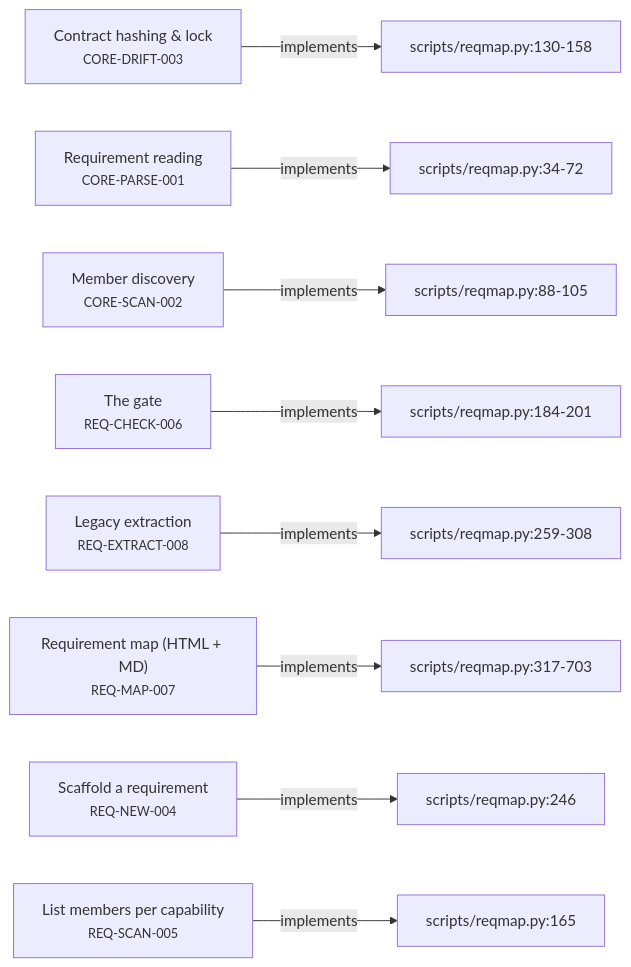
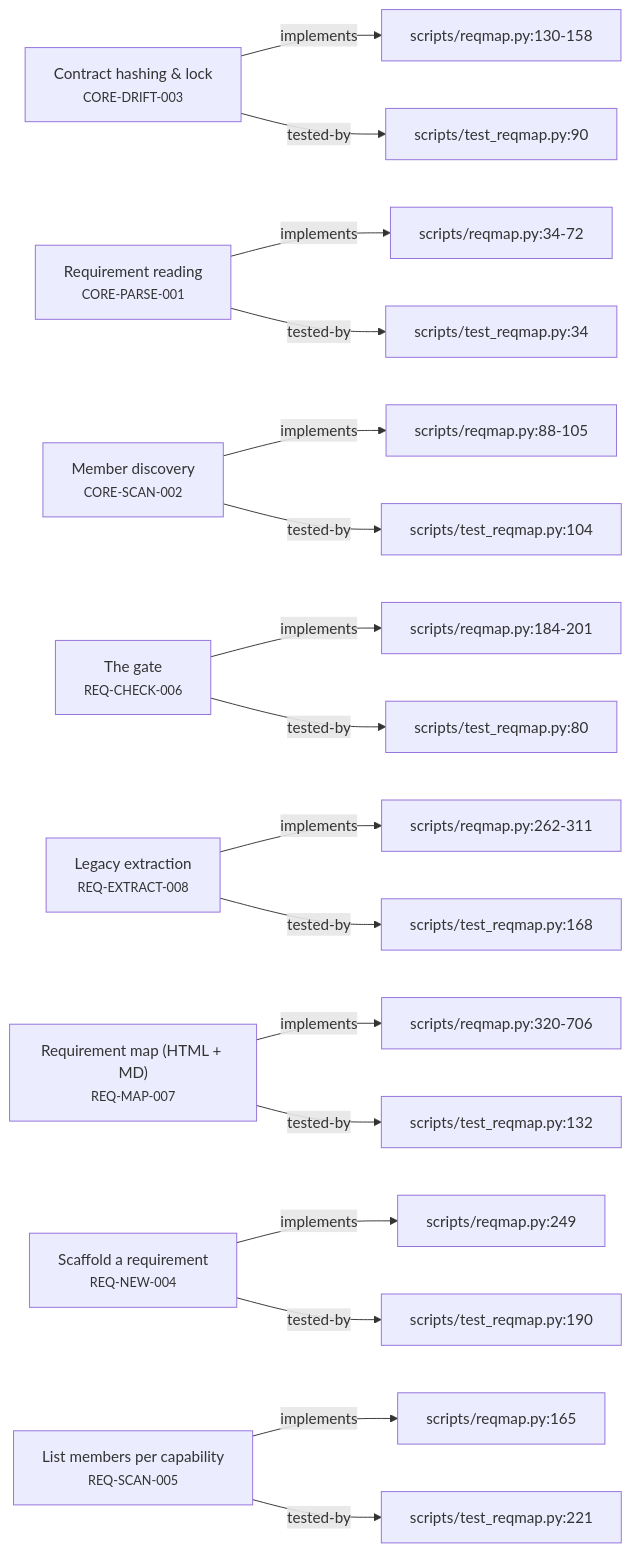
The second of 5 diagrams in plugin/requirements/_map.md (alxmax/Requirement-manager), drawn with Mermaid before and after one commit. The commit also changed other lines of this file and 3 other files, not shown here.

First line of the commit message:
feat(reqmap): warn on confirmed requirements with no tested-by link

````diff
--- a/plugin/requirements/_map.md
+++ b/plugin/requirements/_map.md
@@ -38,27 +38,43 @@
 ```mermaid
 graph LR
   CORE_DRIFT_003["Contract hashing & lock<br><small>CORE-DRIFT-003</small>"]
   f_scripts_reqmap_py_130_158["scripts/reqmap.py:130-158"]
   CORE_DRIFT_003 -->|implements| f_scripts_reqmap_py_130_158
+  f_scripts_test_reqmap_py_90["scripts/test_reqmap.py:90"]
+  CORE_DRIFT_003 -->|tested-by| f_scripts_test_reqmap_py_90
   CORE_PARSE_001["Requirement reading<br><small>CORE-PARSE-001</small>"]
   f_scripts_reqmap_py_34_72["scripts/reqmap.py:34-72"]
   CORE_PARSE_001 -->|implements| f_scripts_reqmap_py_34_72
+  f_scripts_test_reqmap_py_34["scripts/test_reqmap.py:34"]
+  CORE_PARSE_001 -->|tested-by| f_scripts_test_reqmap_py_34
   CORE_SCAN_002["Member discovery<br><small>CORE-SCAN-002</small>"]
   f_scripts_reqmap_py_88_105["scripts/reqmap.py:88-105"]
   CORE_SCAN_002 -->|implements| f_scripts_reqmap_py_88_105
+  f_scripts_test_reqmap_py_104["scripts/test_reqmap.py:104"]
+  CORE_SCAN_002 -->|tested-by| f_scripts_test_reqmap_py_104
   REQ_CHECK_006["The gate<br><small>REQ-CHECK-006</small>"]
   f_scripts_reqmap_py_184_201["scripts/reqmap.py:184-201"]
   REQ_CHECK_006 -->|implements| f_scripts_reqmap_py_184_201
+  f_scripts_test_reqmap_py_80["scripts/test_reqmap.py:80"]
+  REQ_CHECK_006 -->|tested-by| f_scripts_test_reqmap_py_80
   REQ_EXTRACT_008["Legacy extraction<br><small>REQ-EXTRACT-008</small>"]
-  f_scripts_reqmap_py_259_308["scripts/reqmap.py:259-308"]
-  REQ_EXTRACT_008 -->|implements| f_scripts_reqmap_py_259_308
+  f_scripts_reqmap_py_262_311["scripts/reqmap.py:262-311"]
+  REQ_EXTRACT_008 -->|implements| f_scripts_reqmap_py_262_311
+  f_scripts_test_reqmap_py_168["scripts/test_reqmap.py:168"]
+  REQ_EXTRACT_008 -->|tested-by| f_scripts_test_reqmap_py_168
   REQ_MAP_007["Requirement map (HTML + MD)<br><small>REQ-MAP-007</small>"]
-  f_scripts_reqmap_py_317_703["scripts/reqmap.py:317-703"]
-  REQ_MAP_007 -->|implements| f_scripts_reqmap_py_317_703
+  f_scripts_reqmap_py_320_706["scripts/reqmap.py:320-706"]
+  REQ_MAP_007 -->|implements| f_scripts_reqmap_py_320_706
+  f_scripts_test_reqmap_py_132["scripts/test_reqmap.py:132"]
+  REQ_MAP_007 -->|tested-by| f_scripts_test_reqmap_py_132
   REQ_NEW_004["Scaffold a requirement<br><small>REQ-NEW-004</small>"]
-  f_scripts_reqmap_py_246["scripts/reqmap.py:246"]
-  REQ_NEW_004 -->|implements| f_scripts_reqmap_py_246
+  f_scripts_reqmap_py_249["scripts/reqmap.py:249"]
+  REQ_NEW_004 -->|implements| f_scripts_reqmap_py_249
+  f_scripts_test_reqmap_py_190["scripts/test_reqmap.py:190"]
+  REQ_NEW_004 -->|tested-by| f_scripts_test_reqmap_py_190
   REQ_SCAN_005["List members per capability<br><small>REQ-SCAN-005</small>"]
   f_scripts_reqmap_py_165["scripts/reqmap.py:165"]
   REQ_SCAN_005 -->|implements| f_scripts_reqmap_py_165
+  f_scripts_test_reqmap_py_221["scripts/test_reqmap.py:221"]
+  REQ_SCAN_005 -->|tested-by| f_scripts_test_reqmap_py_221
 ```
````
